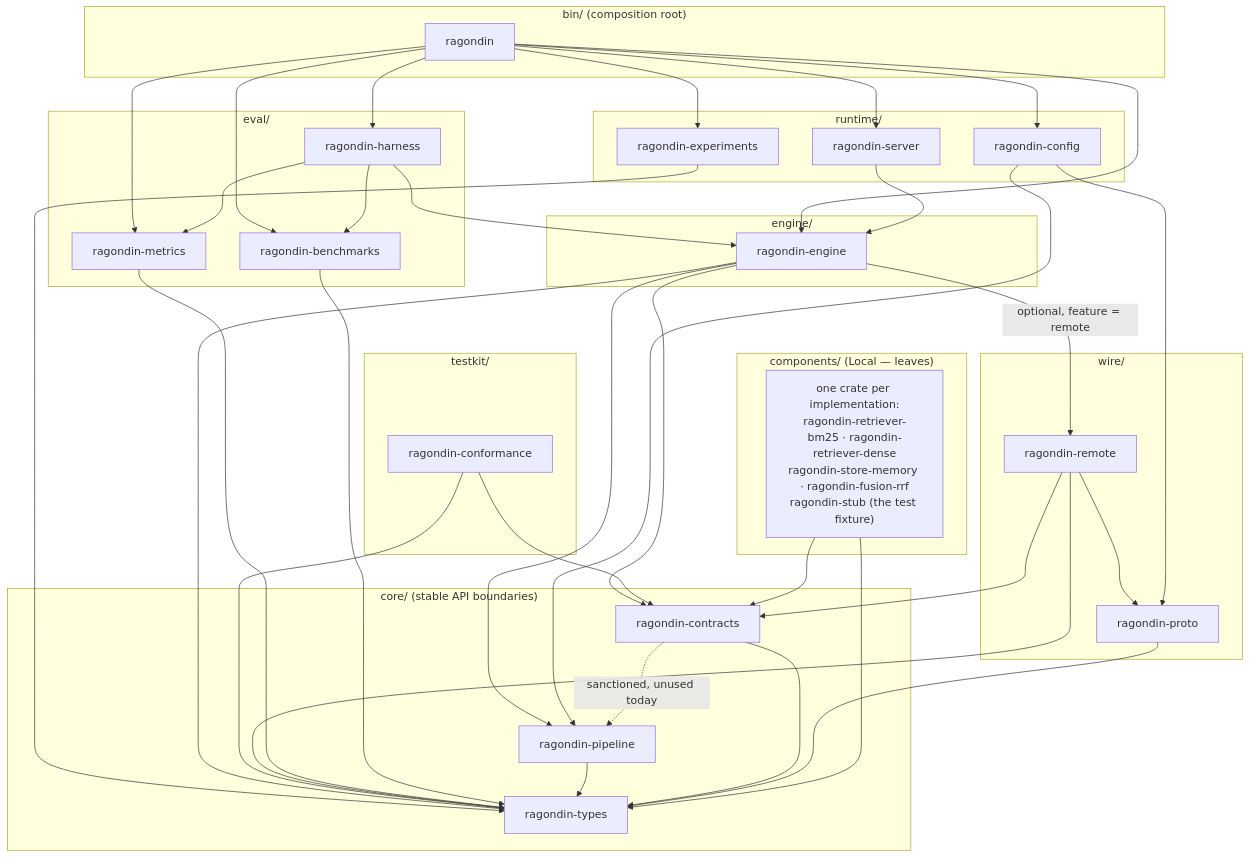
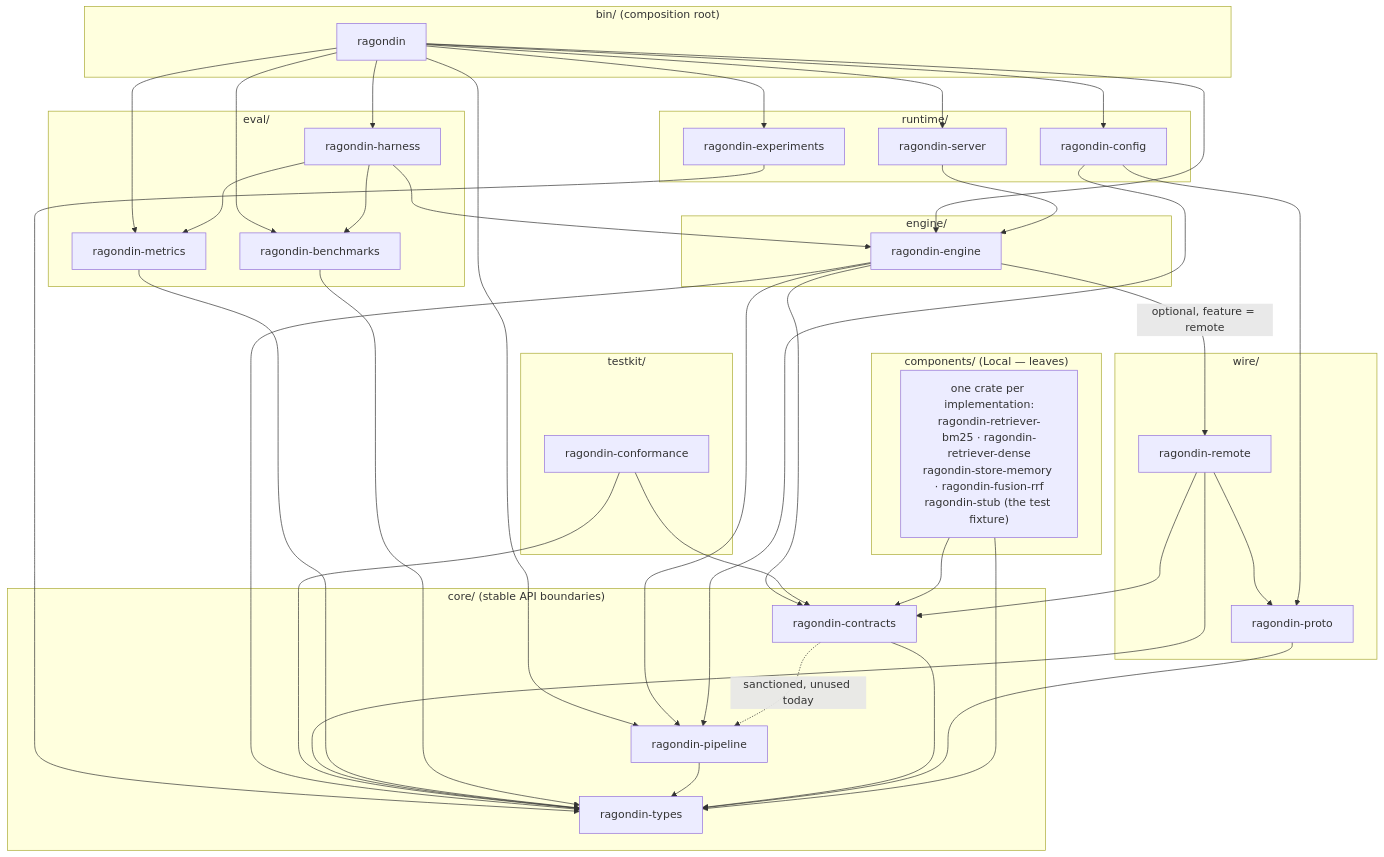
The first of 4 diagrams in docs/code-architecture.md (genesary/Ragondin), drawn with Mermaid before and after one commit. The commit also changed 9 other files, not shown here.

````diff
--- a/docs/code-architecture.md
+++ b/docs/code-architecture.md
@@ -180,51 +180,51 @@
 ```mermaid
 flowchart TB
   subgraph BIN["bin/ (composition root)"]
     RAG[ragondin]
   end
   subgraph RUNTIME["runtime/"]
     SRV[ragondin-server]
     EXP[ragondin-experiments]
     CFG[ragondin-config]
   end
   subgraph EVAL["eval/"]
     HAR[ragondin-harness]
     MET[ragondin-metrics]
     BEN[ragondin-benchmarks]
   end
   subgraph ENGINE["engine/"]
     ENG[ragondin-engine]
   end
   subgraph TESTKIT["testkit/"]
     CNF[ragondin-conformance]
   end
   subgraph COMP["components/ (Local — leaves)"]
     CX["one crate per implementation:<br/>ragondin-retriever-bm25 · ragondin-retriever-dense<br/>ragondin-store-memory · ragondin-fusion-rrf<br/>ragondin-stub (the test fixture)"]
   end
   subgraph WIRE["wire/"]
     PRO[ragondin-proto]
     REM[ragondin-remote]
   end
   subgraph CORE["core/ (stable API boundaries)"]
     CON[ragondin-contracts]
     PIP[ragondin-pipeline]
     TYP[ragondin-types]
   end
 
-  RAG --> SRV & HAR & EXP & CFG & ENG & MET & BEN
+  RAG --> SRV & HAR & EXP & CFG & ENG & MET & BEN & PIP
   SRV --> ENG
   HAR --> ENG & MET & BEN
   EXP --> TYP
   ENG --> CON & PIP & TYP
   ENG -->|"optional, feature = remote"| REM
   CNF --> CON & TYP
   REM --> CON & TYP & PRO
   MET --> TYP
   BEN --> TYP
   CFG --> PIP & PRO
   CON -.->|"sanctioned, unused today"| PIP
   PIP --> TYP
   CON --> TYP
   PRO --> TYP
   CX --> CON & TYP
 ```
````
